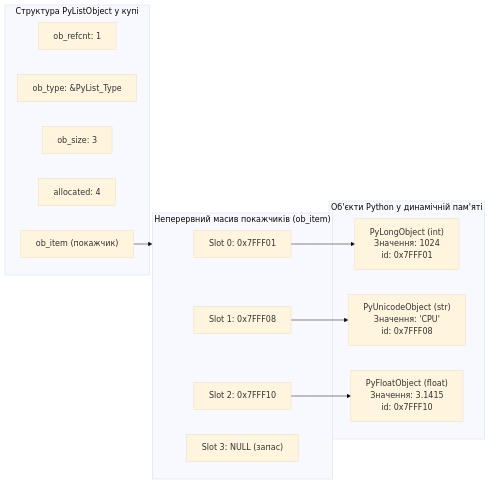
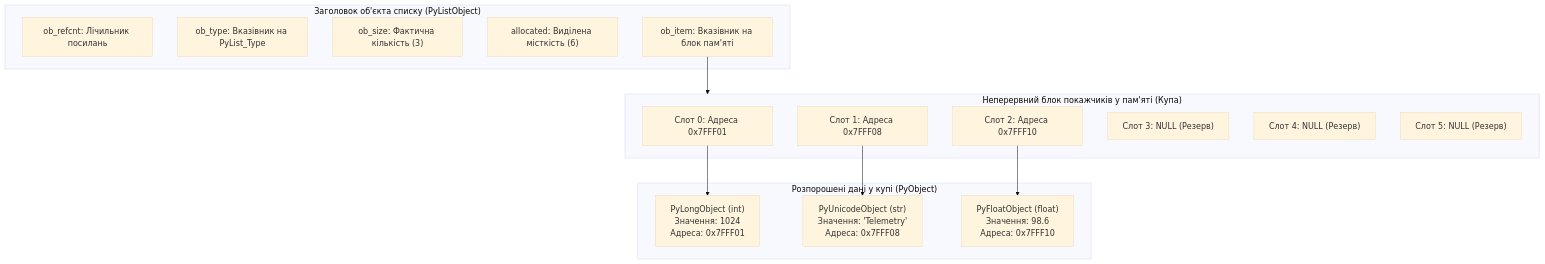
Before and after one commit to KyryloVadurin/python-programming: the first of 4 diagrams in docs/lk/lk3.md, drawn with Mermaid (base theme). The commit also changed other lines of this file, not shown here.

````diff
--- a/docs/lk/lk3.md
+++ b/docs/lk/lk3.md
@@ -23,28 +54,30 @@
 ```mermaid
-flowchart LR
-    subgraph PyListObject_Memory["Структура PyListObject у купі"]
-        ob_refcnt["ob_refcnt: 1"]
-        ob_type["ob_type: &PyList_Type"]
-        ob_size["ob_size: 3"]
-        allocated["allocated: 4"]
-        ob_item["ob_item (покажчик)"]
+flowchart TD
+    subgraph PyListObject_Header["Заголовок об'єкта списку (PyListObject)"]
+        refcnt["ob_refcnt: Лічильник посилань"]
+        type_ptr["ob_type: Вказівник на PyList_Type"]
+        size["ob_size: Фактична кількість (3)"]
+        allocated["allocated: Виділена місткість (6)"]
+        ob_item_ptr["ob_item: Вказівник на блок пам'яті"]
     end
 
-    subgraph Pointer_Array["Неперервний масив покажчиків (ob_item)"]
-        Ptr0["Slot 0: 0x7FFF01"]
-        Ptr1["Slot 1: 0x7FFF08"]
-        Ptr2["Slot 2: 0x7FFF10"]
-        Ptr3["Slot 3: NULL (запас)"]
+    subgraph Pointer_Array["Неперервний блок покажчиків у пам'яті (Купа)"]
+        Slot0["Слот 0: Адреса 0x7FFF01"]
+        Slot1["Слот 1: Адреса 0x7FFF08"]
+        Slot2["Слот 2: Адреса 0x7FFF10"]
+        Slot3["Слот 3: NULL (Резерв)"]
+        Slot4["Слот 4: NULL (Резерв)"]
+        Slot5["Слот 5: NULL (Резерв)"]
     end
 
-    subgraph Heap_Objects["Об'єкти Python у динамічній пам'яті"]
-        ObjInt["PyLongObject (int)\nЗначення: 1024\nid: 0x7FFF01"]
-        ObjStr["PyUnicodeObject (str)\nЗначення: 'CPU'\nid: 0x7FFF08"]
-        ObjFloat["PyFloatObject (float)\nЗначення: 3.1415\nid: 0x7FFF10"]
+    subgraph Heap_Data["Розпорошені дані у купі (PyObject)"]
+        Obj0["PyLongObject (int)\nЗначення: 1024\nАдреса: 0x7FFF01"]
+        Obj1["PyUnicodeObject (str)\nЗначення: 'Telemetry'\nАдреса: 0x7FFF08"]
+        Obj2["PyFloatObject (float)\nЗначення: 98.6\nАдреса: 0x7FFF10"]
     end
 
-    ob_item --> Pointer_Array
-    Ptr0 --> ObjInt
-    Ptr1 --> ObjStr
-    Ptr2 --> ObjFloat
+    ob_item_ptr --> Pointer_Array
+    Slot0 --> Obj0
+    Slot1 --> Obj1
+    Slot2 --> Obj2
 ```
````
